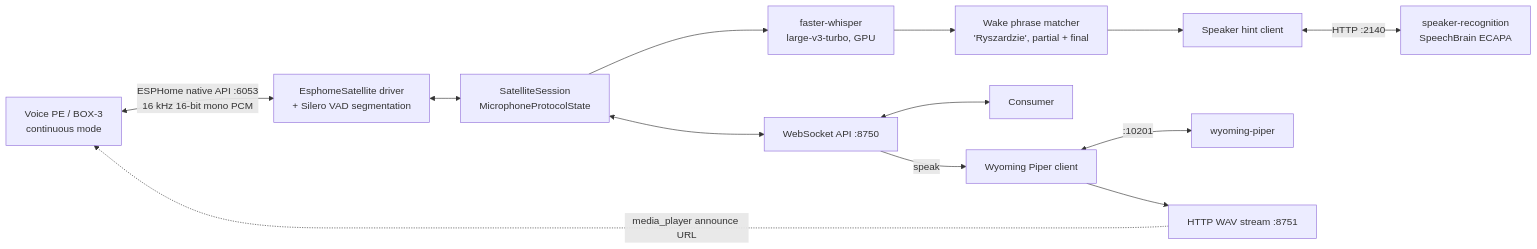
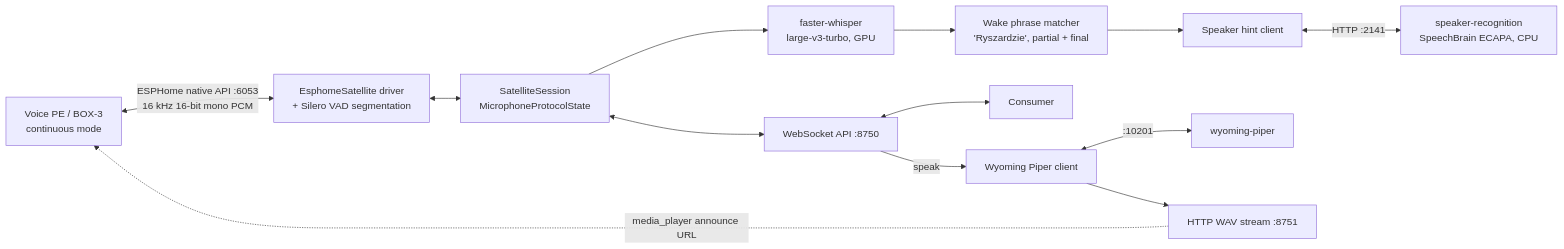
The diagram in docs/design.md (maciekgajewski/piotr_voice_hub), drawn with Mermaid before and after one commit. The commit also changed other lines of this file and 23 other files, not shown here.

First line of the commit message:
T-018: speaker hint (CPU ECAPA service on 127.0.0.1:2141, transcript_final.speaker) (#27)

````diff
--- a/docs/design.md
+++ b/docs/design.md
@@ -68,14 +68,14 @@
 ```mermaid
 flowchart LR
   SAT[Voice PE / BOX-3<br/>continuous mode] <-- "ESPHome native API :6053<br/>16 kHz 16-bit mono PCM" --> DRV[EsphomeSatellite driver<br/>+ Silero VAD segmentation]
   DRV <--> SES[SatelliteSession<br/>MicrophoneProtocolState]
   SES --> STT[faster-whisper<br/>large-v3-turbo, GPU]
   STT --> WAKE[Wake phrase matcher<br/>'Ryszardzie', partial + final]
   WAKE --> SPK[Speaker hint client]
-  SPK <-- HTTP :2140 --> SR[speaker-recognition<br/>SpeechBrain ECAPA]
+  SPK <-- HTTP :2141 --> SR[speaker-recognition<br/>SpeechBrain ECAPA, CPU]
   SES <--> API[WebSocket API :8750]
   API <--> C[Consumer]
   API -- speak --> TTS[Wyoming Piper client] <-- :10201 --> PIPER[wyoming-piper]
   TTS --> PB[HTTP WAV stream :8751]
   PB -. "media_player announce URL" .-> SAT
 ```
````
